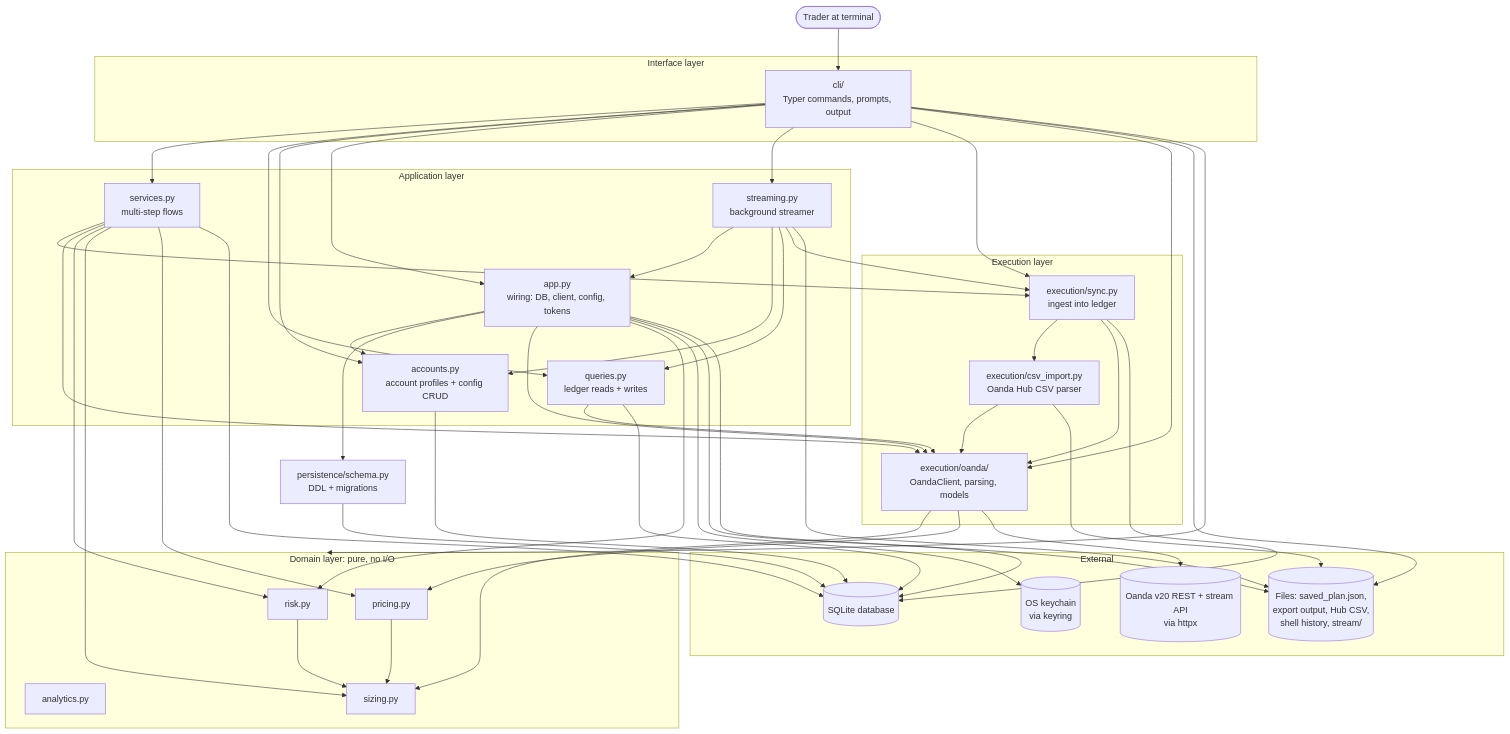
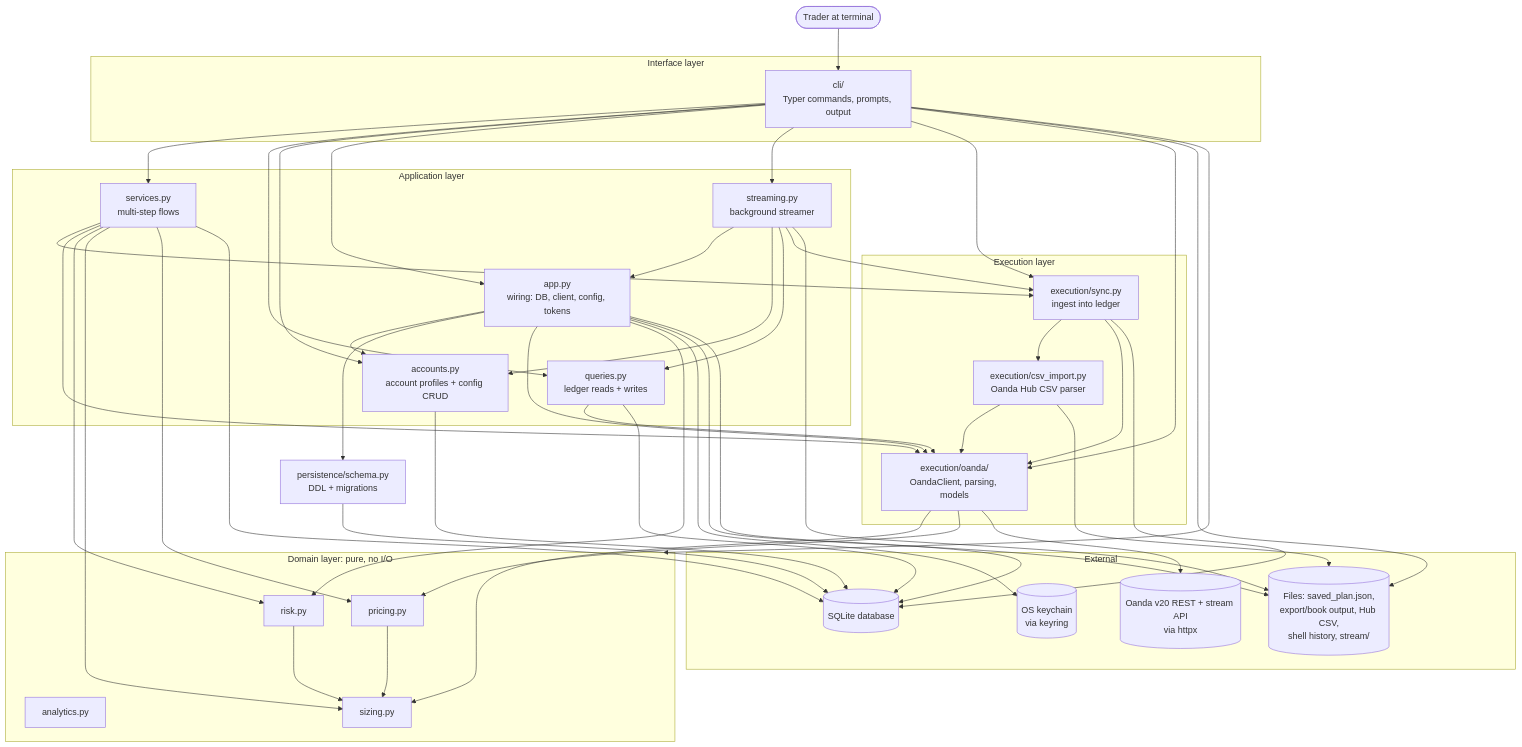
Before and after one commit to RagBillySandstone/frmj: the first of 7 diagrams in docs/architecture.md, drawn with Mermaid. The commit also changed other lines of this file and 6 other files, not shown here.

````diff
--- a/docs/architecture.md
+++ b/docs/architecture.md
@@ -38,60 +38,60 @@
 ```mermaid
 flowchart TB
     user([Trader at terminal])
 
     subgraph CLI["Interface layer"]
         cli["cli/<br/>Typer commands, prompts, output"]
     end
 
     subgraph APP["Application layer"]
         services["services.py<br/>multi-step flows"]
         queries["queries.py<br/>ledger reads + writes"]
         accounts["accounts.py<br/>account profiles + config CRUD"]
         app["app.py<br/>wiring: DB, client, config, tokens"]
         streaming["streaming.py<br/>background streamer"]
     end
 
     subgraph EXEC["Execution layer"]
         sync["execution/sync.py<br/>ingest into ledger"]
         csvimp["execution/csv_import.py<br/>Oanda Hub CSV parser"]
         oanda["execution/oanda/<br/>OandaClient, parsing, models"]
     end
 
     subgraph DOMAIN["Domain layer: pure, no I/O"]
         risk["risk.py"]
         pricing["pricing.py"]
         analytics["analytics.py"]
         sizing["sizing.py"]
     end
 
     persistence["persistence/schema.py<br/>DDL + migrations"]
 
     subgraph EXT["External"]
         api[("Oanda v20 REST + stream API<br/>via httpx")]
         db[("SQLite database")]
         keychain[("OS keychain<br/>via keyring")]
-        files[("Files: saved_plan.json,<br/>export output, Hub CSV,<br/>shell history, stream/")]
+        files[("Files: saved_plan.json,<br/>export/book output, Hub CSV,<br/>shell history, stream/")]
     end
 
     user --> cli
     cli --> services & queries & accounts & app & streaming
     cli --> sync & oanda
     cli --> DOMAIN
 
     services --> sync & oanda
     services --> risk & sizing & pricing
     queries --> oanda
     app --> accounts & persistence & oanda & risk
     streaming --> app & accounts & queries & sync
 
     sync --> csvimp & oanda
     csvimp --> oanda
     oanda --> sizing & pricing
     risk --> sizing
     pricing --> sizing
 
     oanda --> api
     app --> keychain
     app & cli & csvimp & streaming --> files
     persistence & app & accounts & sync & services & queries --> db
 ```
````
